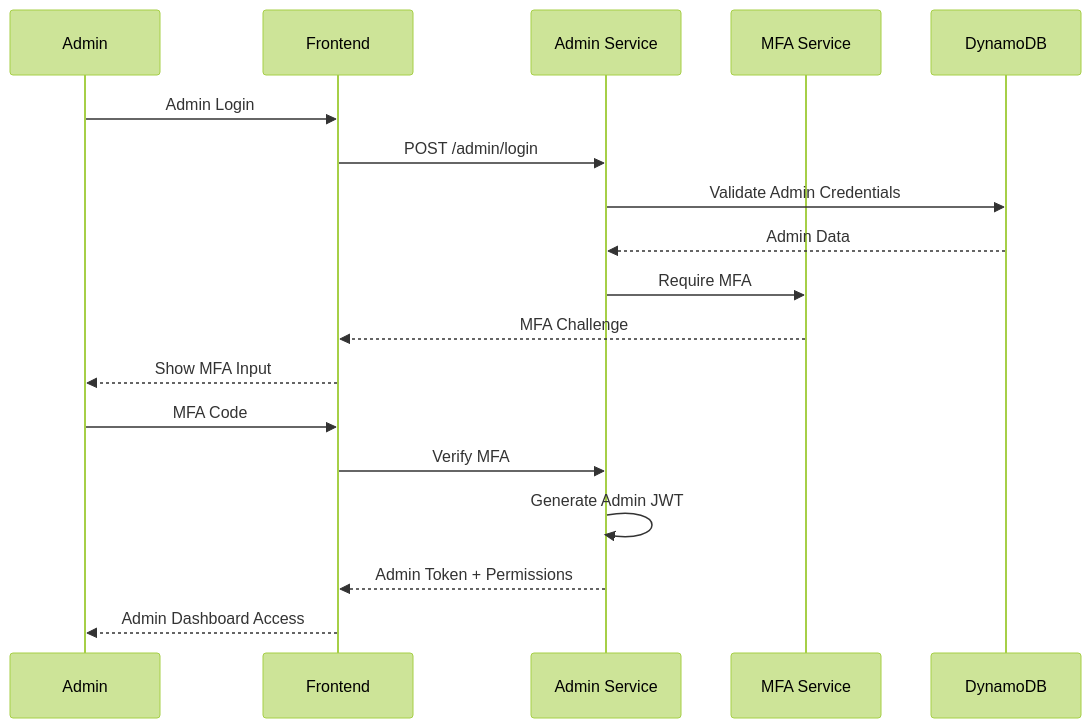
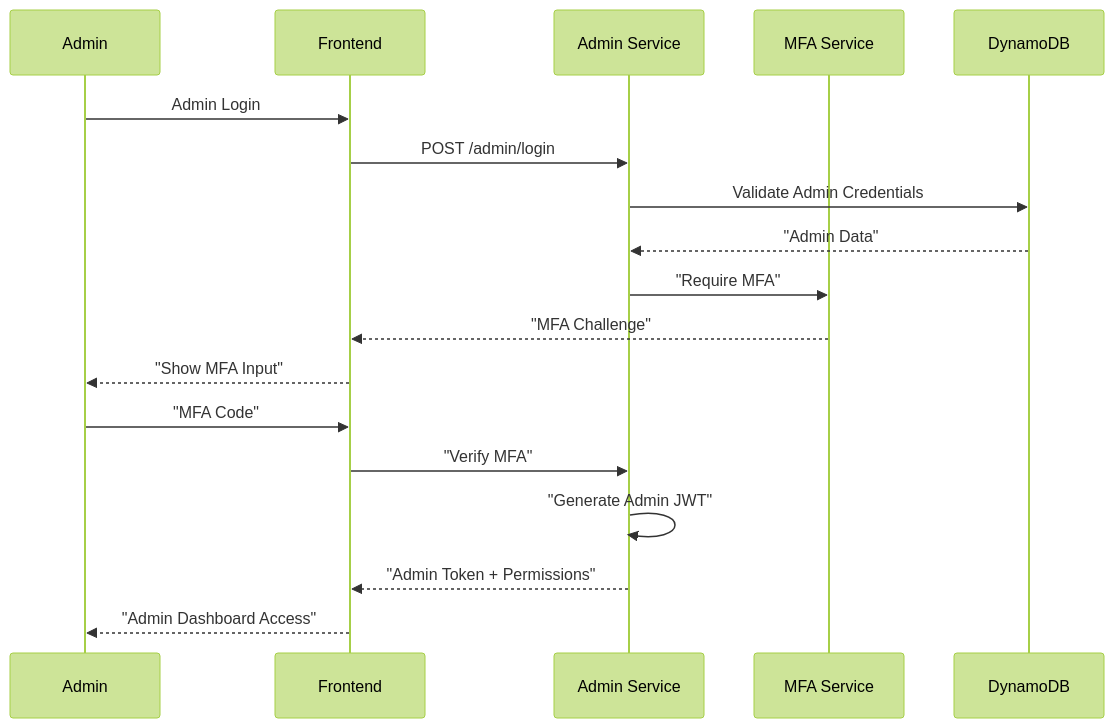
The third of 3 diagrams in docs/frontend/README.md (felixep/harborlist-marketplace), drawn with Mermaid (forest theme) before and after one commit. The commit also changed other lines of this file and 8 other files, not shown here.

First line of the commit message:
🔧 Fix Mermaid diagram rendering issues while preserving layouts

````diff
--- a/docs/frontend/README.md
+++ b/docs/frontend/README.md
@@ -151,21 +151,21 @@
 ```mermaid
 sequenceDiagram
     participant A as Admin
     participant F as Frontend
     participant AS as Admin Service
     participant M as MFA Service
     participant D as DynamoDB
 
     A->>F: Admin Login
     F->>AS: POST /admin/login
     AS->>D: Validate Admin Credentials
-    D-->>AS: Admin Data
-    AS->>M: Require MFA
-    M-->>F: MFA Challenge
-    F-->>A: Show MFA Input
-    A->>F: MFA Code
-    F->>AS: Verify MFA
-    AS->>AS: Generate Admin JWT
-    AS-->>F: Admin Token + Permissions
-    F-->>A: Admin Dashboard Access
+    D-->>AS: "Admin Data"
+    AS->>M: "Require MFA"
+    M-->>F: "MFA Challenge"
+    F-->>A: "Show MFA Input"
+    A->>F: "MFA Code"
+    F->>AS: "Verify MFA"
+    AS->>AS: "Generate Admin JWT"
+    AS-->>F: "Admin Token + Permissions"
+    F-->>A: "Admin Dashboard Access"
 ```
````
